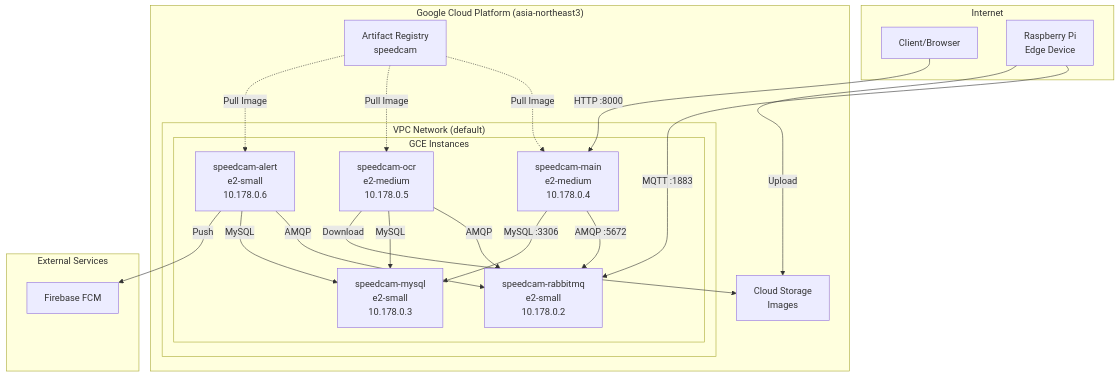
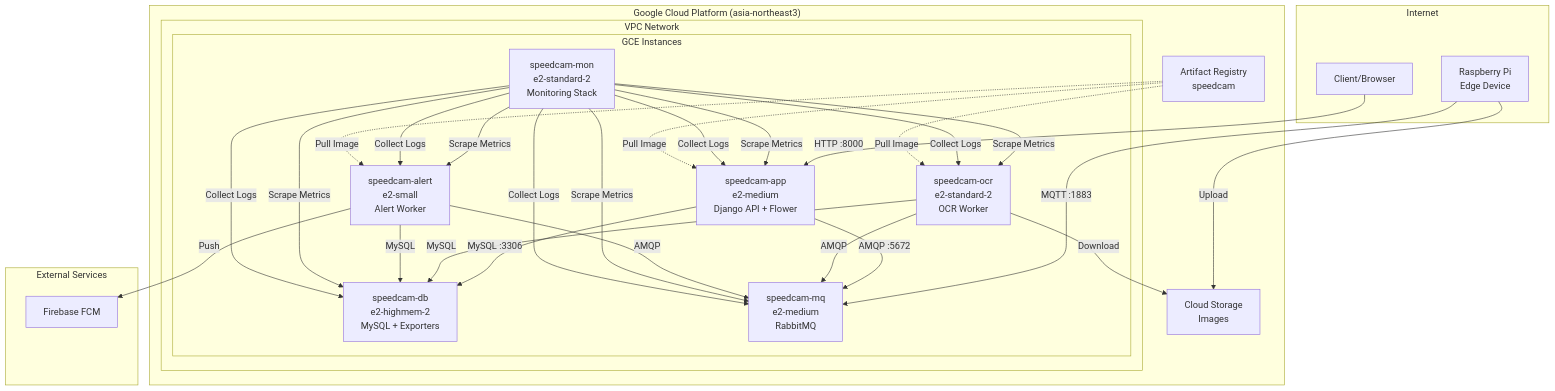
Before and after one commit to Qualcom-Capstone/backend: the first of 3 diagrams in docs/DEPLOYMENT.md, drawn with Mermaid. The commit also changed other lines of this file, not shown here.

Commit message:
Update deployment guide for multi-instance GCP architecture

````diff
--- a/docs/DEPLOYMENT.md
+++ b/docs/DEPLOYMENT.md
@@ -56,45 +63,57 @@
 ```mermaid
 graph TB
     subgraph Internet
         Client[Client/Browser]
         Pi[Raspberry Pi<br/>Edge Device]
     end
 
     subgraph GCP["Google Cloud Platform (asia-northeast3)"]
-        subgraph VPC["VPC Network (default)"]
+        subgraph VPC["VPC Network"]
             subgraph Compute["GCE Instances"]
-                RMQ[speedcam-rabbitmq<br/>e2-small<br/>10.178.0.2]
-                MySQL[speedcam-mysql<br/>e2-small<br/>10.178.0.3]
-                Main[speedcam-main<br/>e2-medium<br/>10.178.0.4]
-                OCR[speedcam-ocr<br/>e2-medium<br/>10.178.0.5]
-                Alert[speedcam-alert<br/>e2-small<br/>10.178.0.6]
+                DB[speedcam-db<br/>e2-highmem-2<br/>MySQL + Exporters]
+                MQ[speedcam-mq<br/>e2-medium<br/>RabbitMQ]
+                App[speedcam-app<br/>e2-medium<br/>Django API + Flower]
+                OCR[speedcam-ocr<br/>e2-standard-2<br/>OCR Worker]
+                Alert[speedcam-alert<br/>e2-small<br/>Alert Worker]
+                Mon[speedcam-mon<br/>e2-standard-2<br/>Monitoring Stack]
             end
         end
 
         AR[Artifact Registry<br/>speedcam]
         GCS[Cloud Storage<br/>Images]
     end
 
     subgraph External["External Services"]
         FCM[Firebase FCM]
     end
 
-    Client -->|HTTP :8000| Main
-    Pi -->|MQTT :1883| RMQ
+    Client -->|HTTP :8000| App
+    Pi -->|MQTT :1883| MQ
     Pi -->|Upload| GCS
 
-    Main -->|AMQP :5672| RMQ
-    Main -->|MySQL :3306| MySQL
+    App -->|AMQP :5672| MQ
+    App -->|MySQL :3306| DB
 
-    OCR -->|AMQP| RMQ
-    OCR -->|MySQL| MySQL
+    OCR -->|AMQP| MQ
+    OCR -->|MySQL| DB
     OCR -->|Download| GCS
 
-    Alert -->|AMQP| RMQ
-    Alert -->|MySQL| MySQL
+    Alert -->|AMQP| MQ
+    Alert -->|MySQL| DB
     Alert -->|Push| FCM
 
-    AR -.->|Pull Image| Main
+    Mon -->|Scrape Metrics| DB
+    Mon -->|Scrape Metrics| MQ
+    Mon -->|Scrape Metrics| App
+    Mon -->|Scrape Metrics| OCR
+    Mon -->|Scrape Metrics| Alert
+    Mon -->|Collect Logs| DB
+    Mon -->|Collect Logs| MQ
+    Mon -->|Collect Logs| App
+    Mon -->|Collect Logs| OCR
+    Mon -->|Collect Logs| Alert
+
+    AR -.->|Pull Image| App
     AR -.->|Pull Image| OCR
     AR -.->|Pull Image| Alert
 ```
````
